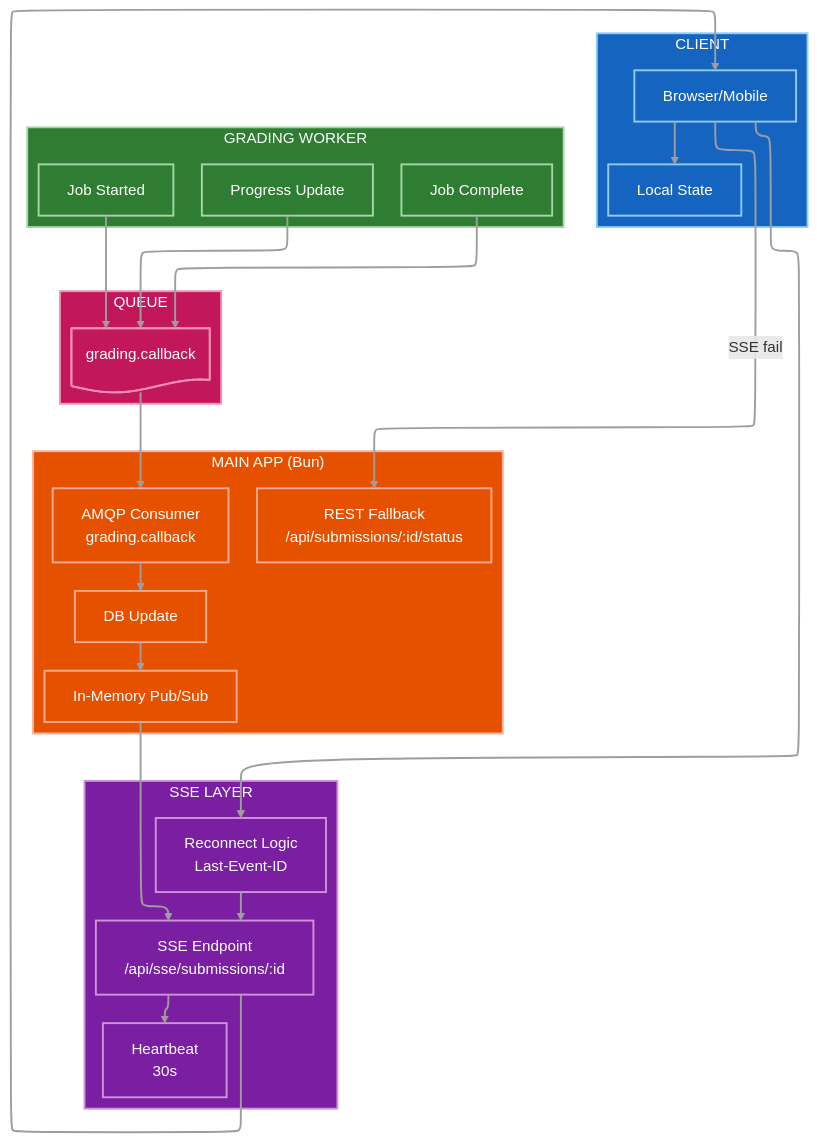
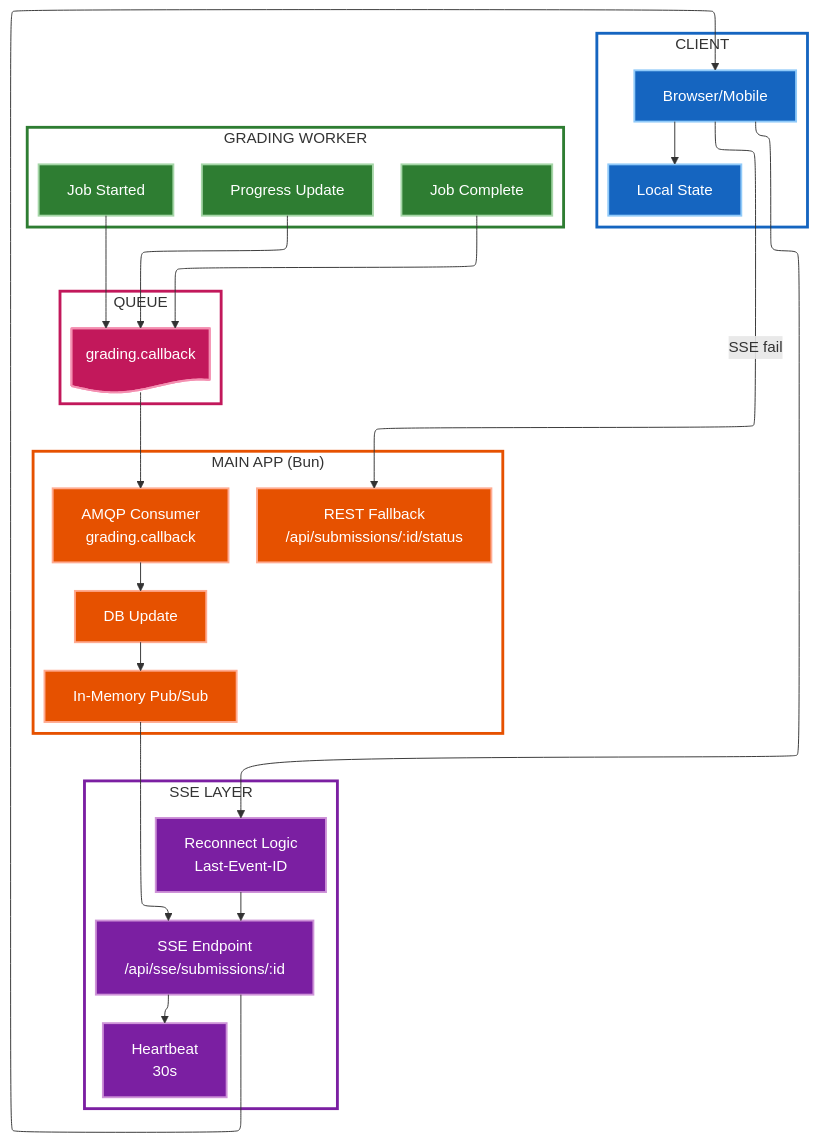
One commit to nghyane/VSTEP changed the seventh of 12 diagrams in docs/capstone/diagrams/flow-diagrams.vi.md. Above: the diagram before and after it, drawn with Mermaid. The commit also changed other lines of this file, not shown here.

First line of the commit message:
fix(docs): remove unsupported linkStyle syntax causing parse errors

````diff
--- a/docs/capstone/diagrams/flow-diagrams.vi.md
+++ b/docs/capstone/diagrams/flow-diagrams.vi.md
@@ -337,60 +373,71 @@
 ```mermaid
 ---
 config:
   layout: elk
 ---
 flowchart TB
     subgraph Client["CLIENT"]
         Browser["Browser/Mobile"]
         LocalState["Local State"]
     end
 
     subgraph SSE["SSE LAYER"]
         Endpoint["SSE Endpoint<br/>/api/sse/submissions/:id"]
         Heartbeat["Heartbeat<br/>30s"]
         Reconnect["Reconnect Logic<br/>Last-Event-ID"]
     end
 
     subgraph Bun["MAIN APP (Bun)"]
         Consumer["AMQP Consumer<br/>grading.callback"]
         PubSub["In-Memory Pub/Sub"]
         DBUpdate["DB Update"]
         Fallback["REST Fallback<br/>/api/submissions/:id/status"]
     end
 
     subgraph Worker["GRADING WORKER"]
         JobStart["Job Started"]
         Progress["Progress Update"]
         JobComplete["Job Complete"]
     end
 
     subgraph Queue["QUEUE"]
         CbQueue@{ shape: doc, label: "grading.callback" }
     end
 
     JobStart --> CbQueue
     Progress --> CbQueue
     JobComplete --> CbQueue
     
     CbQueue --> Consumer --> DBUpdate --> PubSub --> Endpoint
     Endpoint --> Browser --> LocalState
     
     Browser -->|"SSE fail"| Fallback
     
     Endpoint --> Heartbeat
     Browser --> Reconnect --> Endpoint
 
     classDef client fill:#1565c0,stroke:#90caf9,stroke-width:2px,color:#fff
     classDef sse fill:#7b1fa2,stroke:#ce93d8,stroke-width:2px,color:#fff
     classDef bun fill:#e65100,stroke:#ffab91,stroke-width:2px,color:#fff
     classDef worker fill:#2e7d32,stroke:#a5d6a7,stroke-width:2px,color:#fff
     classDef queue fill:#c2185b,stroke:#f48fb1,stroke-width:2px,color:#fff
 
-    class Client,Browser,LocalState client
-    class SSE,Endpoint,Heartbeat,Reconnect sse
-    class Bun,Consumer,PubSub,DBUpdate,Fallback bun
-    class Worker,JobStart,Progress,JobComplete worker
-    class Queue,CbQueue queue
+    classDef clientBox fill:none,stroke:#1565c0,stroke-width:3px
+    classDef sseBox fill:none,stroke:#7b1fa2,stroke-width:3px
+    classDef bunBox fill:none,stroke:#e65100,stroke-width:3px
+    classDef workerBox fill:none,stroke:#2e7d32,stroke-width:3px
+    classDef queueBox fill:none,stroke:#c2185b,stroke-width:3px
 
-    linkStyle default stroke:#9e9e9e,stroke-width:2px
+    class Client clientBox
+    class SSE sseBox
+    class Bun bunBox
+    class Worker workerBox
+    class Queue queueBox
+
+    class Browser,LocalState client
+    class Endpoint,Heartbeat,Reconnect sse
+    class Consumer,PubSub,DBUpdate,Fallback bun
+    class JobStart,Progress,JobComplete worker
+    class CbQueue queue
+
 ```
````
